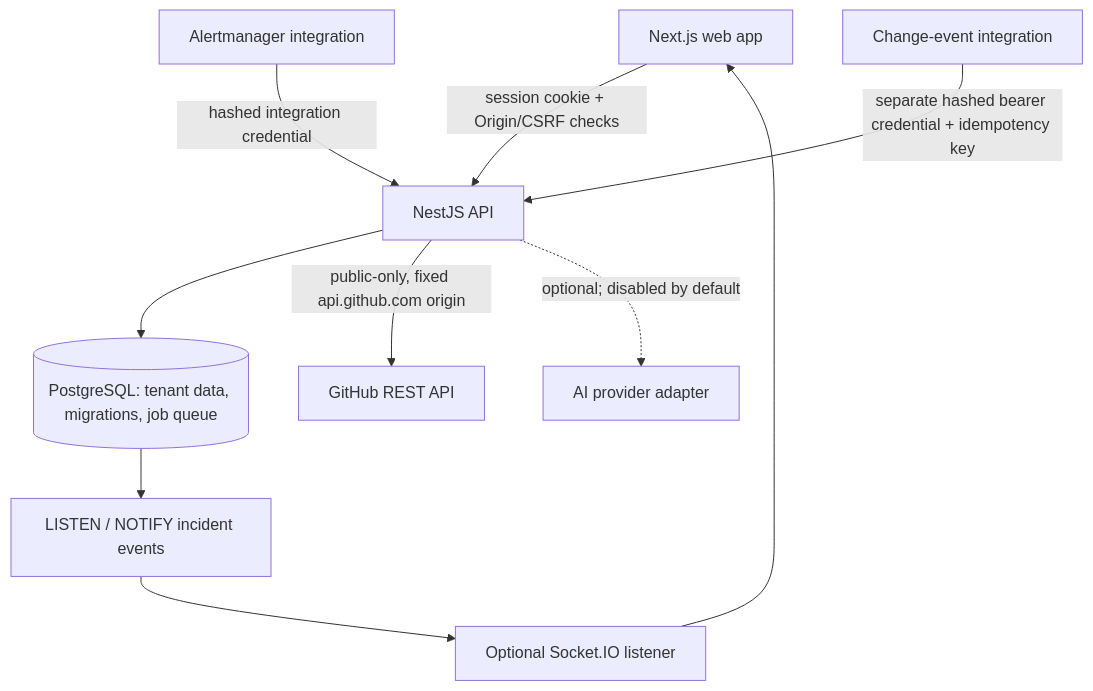
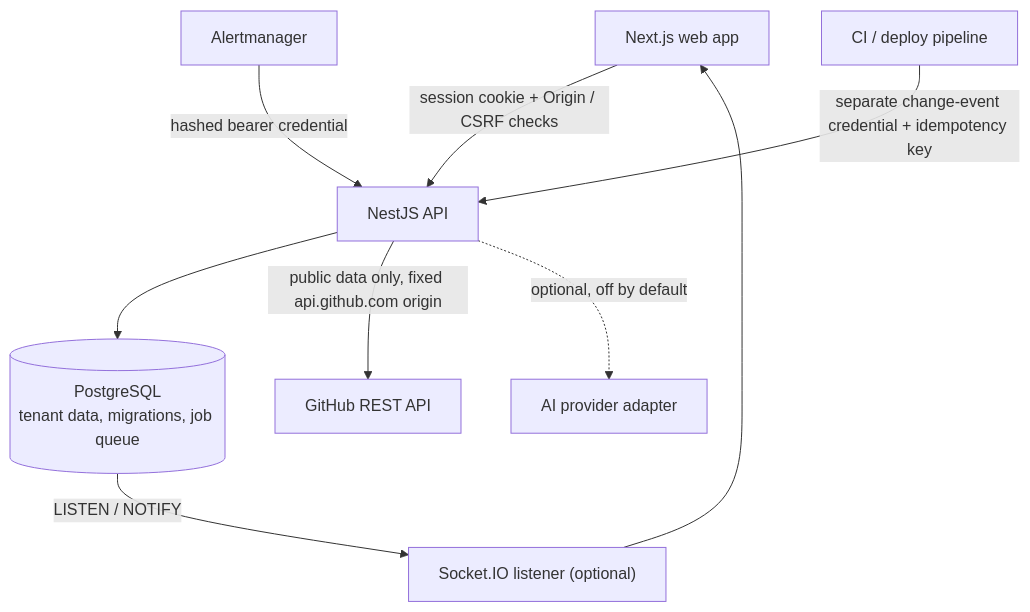
The first of 2 diagrams in README.md (aayushtiwari307/incident-intelligence-platform), drawn with Mermaid before and after one commit. The commit also changed other lines of this file, not shown here.

````diff
--- a/README.md
+++ b/README.md
@@ -23,12 +54,11 @@
 ```mermaid
 flowchart TD
-  Browser[Next.js web app] -->|session cookie + Origin/CSRF checks| API[NestJS API]
-  Alertmanager[Alertmanager integration] -->|hashed integration credential| API
-  ChangeHook[Change-event integration] -->|separate hashed bearer credential + idempotency key| API
-  API --> DB[(PostgreSQL: tenant data, migrations, job queue)]
-  DB --> Notify[LISTEN / NOTIFY incident events]
-  Notify --> Realtime[Optional Socket.IO listener]
+  Browser["Next.js web app"] -->|"session cookie + Origin / CSRF checks"| API["NestJS API"]
+  Alertmanager["Alertmanager"] -->|"hashed bearer credential"| API
+  CI["CI / deploy pipeline"] -->|"separate change-event credential + idempotency key"| API
+  API --> DB[("PostgreSQL<br/>tenant data, migrations, job queue")]
+  DB -->|"LISTEN / NOTIFY"| Realtime["Socket.IO listener (optional)"]
   Realtime --> Browser
-  API -->|public-only, fixed api.github.com origin| GitHub[GitHub REST API]
-  API -. optional; disabled by default .-> AI[AI provider adapter]
+  API -->|"public data only, fixed api.github.com origin"| GitHub["GitHub REST API"]
+  API -.->|"optional, off by default"| AI["AI provider adapter"]
 ```
````
